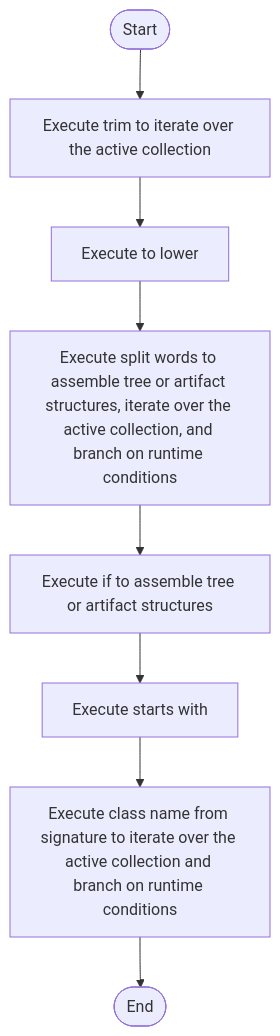
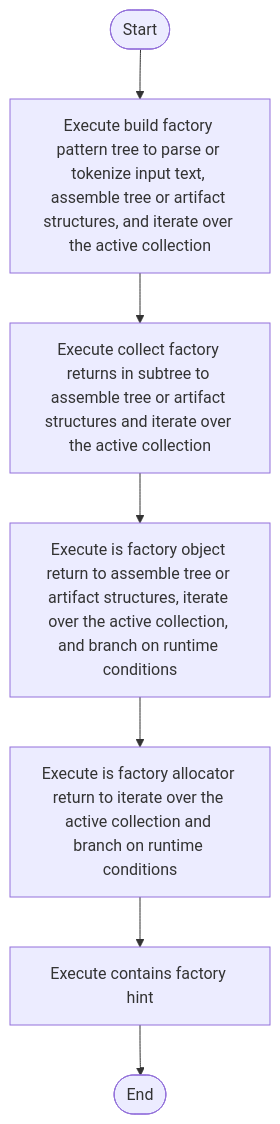
One commit to JohnAndrewBalbarosa/NeoTerritory changed the diagram in docs/Codebase/Microservice/Modules/Source/Creational/Factory/factory_pattern_logic.cpp.md. Above: the diagram before and after it, drawn with Mermaid. The commit also changed 148 other files, not shown here.

````diff
--- a/docs/Codebase/Microservice/Modules/Source/Creational/Factory/factory_pattern_logic.cpp.md
+++ b/docs/Codebase/Microservice/Modules/Source/Creational/Factory/factory_pattern_logic.cpp.md
@@ -36,18 +36,16 @@
 ```mermaid
 flowchart TD
     Start([Start])
-    N0[Execute trim to iterate over the active collection]
-    N1[Execute to lower]
-    N2[Execute split words to assemble tree or artifact structures, iterate over the active collection, and branch on runtime conditions]
-    N3[Execute if to assemble tree or artifact structures]
-    N4[Execute starts with]
-    N5[Execute class name from signature to iterate over the active collection and branch on runtime conditions]
+    N0[Execute build factory pattern tree to parse or tokenize input text, assemble tree or artifact structures, and iterate over the active collection]
+    N1[Execute collect factory returns in subtree to assemble tree or artifact structures and iterate over the active collection]
+    N2[Execute is factory object return to assemble tree or artifact structures, iterate over the active collection, and branch on runtime conditions]
+    N3[Execute is factory allocator return to iterate over the active collection and branch on runtime conditions]
+    N4[Execute contains factory hint]
     End([End])
     Start --> N0
     N0 --> N1
     N1 --> N2
     N2 --> N3
     N3 --> N4
-    N4 --> N5
-    N5 --> End
+    N4 --> End
 ```
````
